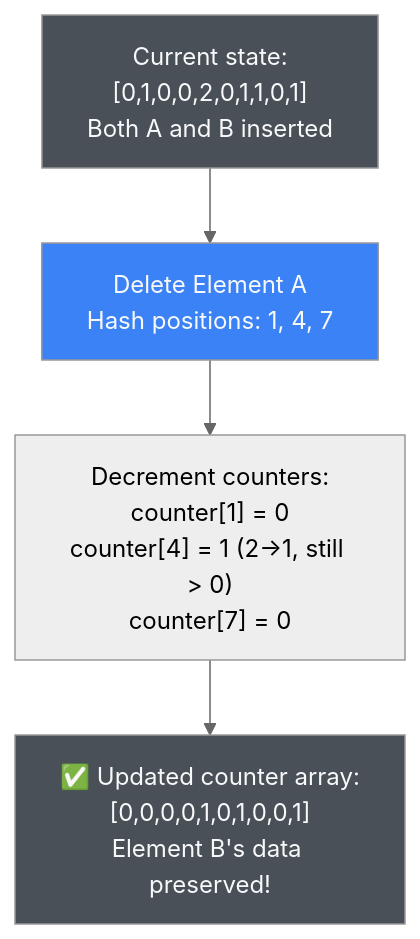
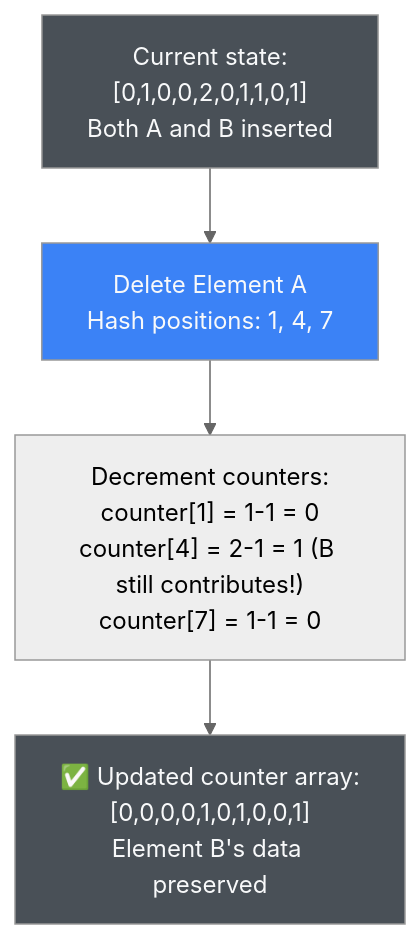
Before and after one commit to AxelUser/maltsev.space: the fifth of 6 diagrams in src/posts/009-counting-bloom-filters/index.md, drawn with Mermaid (neutral theme). The commit also changed other lines of this file, not shown here.

````diff
--- a/src/posts/009-counting-bloom-filters/index.md
+++ b/src/posts/009-counting-bloom-filters/index.md
@@ -177,12 +199,12 @@
 ```mermaid
 graph TD
     A["Current state:<br/>[0,1,0,0,2,0,1,1,0,1]<br/>Both A and B inserted"] --> B["Delete Element A<br/>Hash positions: 1, 4, 7"]
     
-    B --> C["Decrement counters:<br/>counter[1] = 0<br/>counter[4] = 1 (2→1, still > 0)<br/>counter[7] = 0"]
+    B --> C["Decrement counters:<br/>counter[1] = 1-1 = 0<br/>counter[4] = 2-1 = 1 (B still contributes!)<br/>counter[7] = 1-1 = 0"]
     
-    C --> D["✅ Updated counter array:<br/>[0,0,0,0,1,0,1,0,0,1]<br/>Element B's data preserved!"]
+    C --> D["✅ Updated counter array:<br/>[0,0,0,0,1,0,1,0,0,1]<br/>Element B's data preserved"]
     
     style A fill:#495057,color:#f8f9fa
     style B fill:#3b82f6,color:#f8f9fa
     style D fill:#495057,color:#f8f9fa
 ```
````
